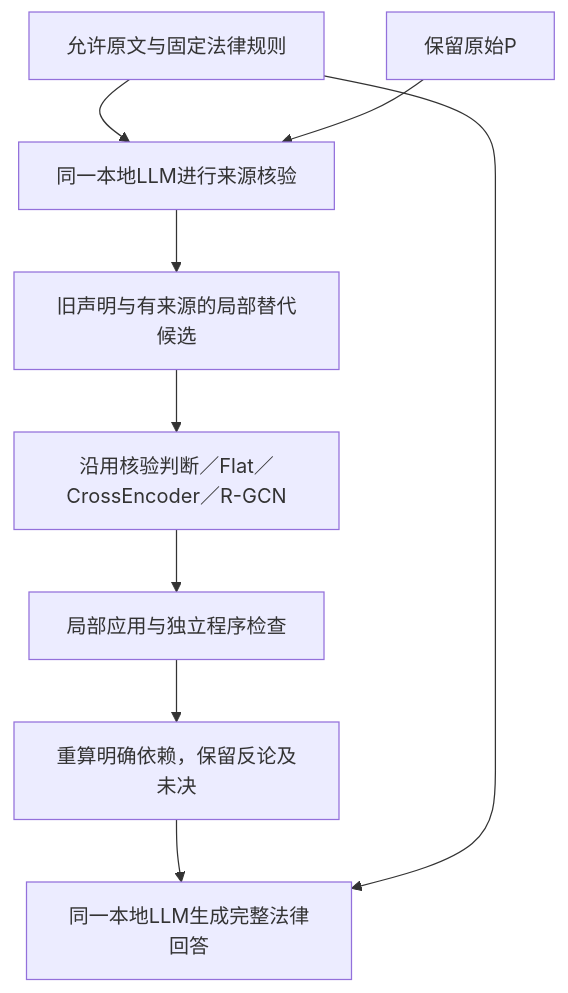
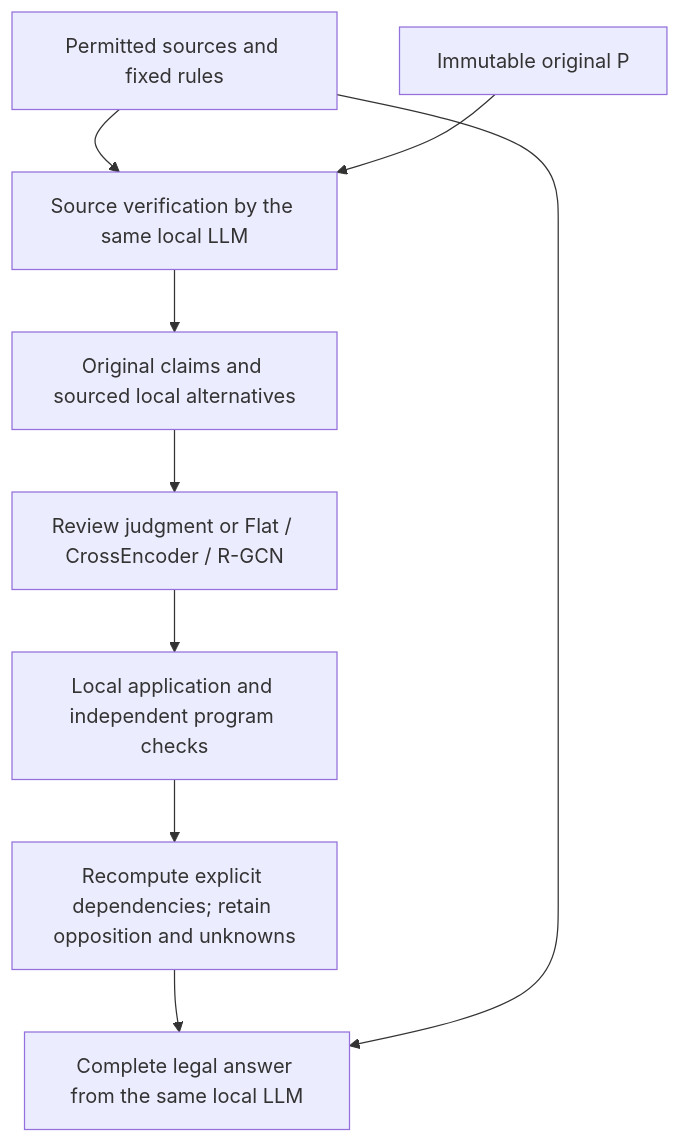
The diagram in docs/SOURCE_GROUNDED_VERIFICATION_PLAN.md (ChanStormstout/legal-fact-benchmark), drawn with Mermaid before and after one commit. The commit also changed other lines of this file and 128 other files, not shown here.

````diff
--- a/docs/SOURCE_GROUNDED_VERIFICATION_PLAN.md
+++ b/docs/SOURCE_GROUNDED_VERIFICATION_PLAN.md
@@ -46,11 +44,11 @@
 ```mermaid
 flowchart TB
-    S[允许原文与固定法律规则] --> V[同一本地LLM进行来源核验]
-    P[保留原始P] --> V
-    V --> C[旧声明与有来源的局部替代候选]
-    C --> M[沿用核验判断／Flat／CrossEncoder／R-GCN]
-    M --> K[局部应用与独立程序检查]
-    K --> D[重算明确依赖，保留反论及未决]
-    D --> A[同一本地LLM生成完整法律回答]
+    S[Permitted sources and fixed rules] --> V[Source verification by the same local LLM]
+    P[Immutable original P] --> V
+    V --> C[Original claims and sourced local alternatives]
+    C --> M[Review judgment or Flat / CrossEncoder / R-GCN]
+    M --> K[Local application and independent program checks]
+    K --> D[Recompute explicit dependencies; retain opposition and unknowns]
+    D --> A[Complete legal answer from the same local LLM]
     S --> A
 ```
````
